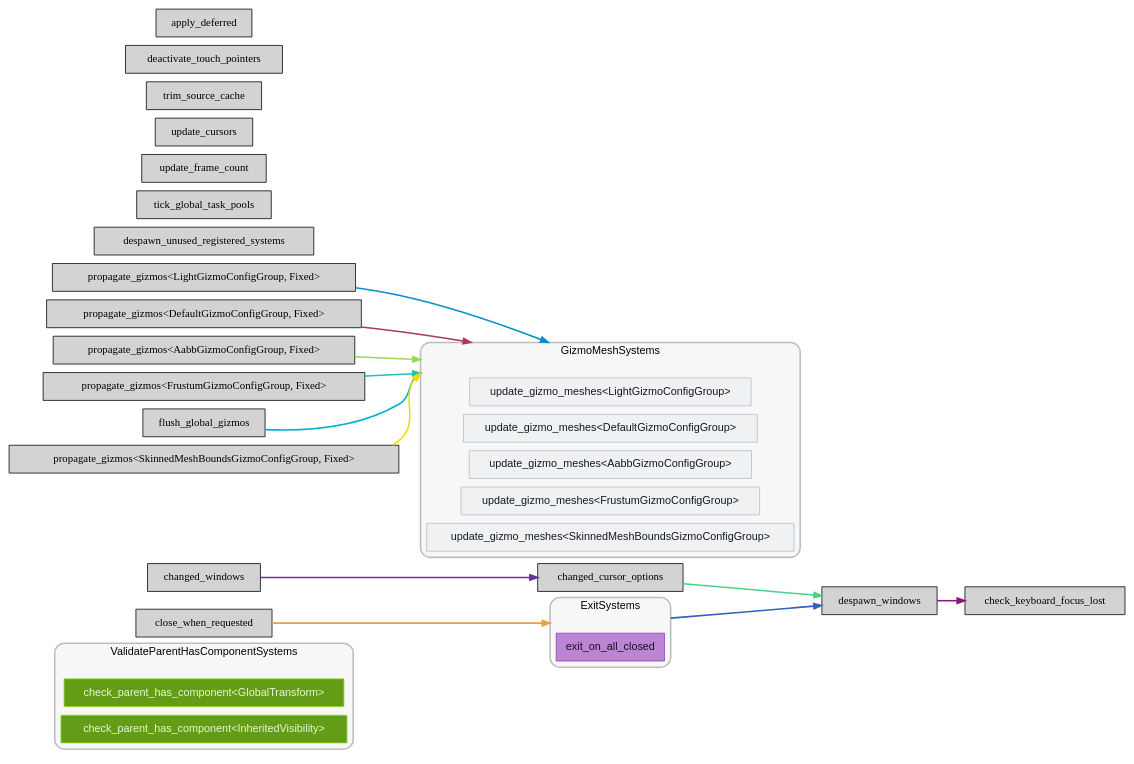
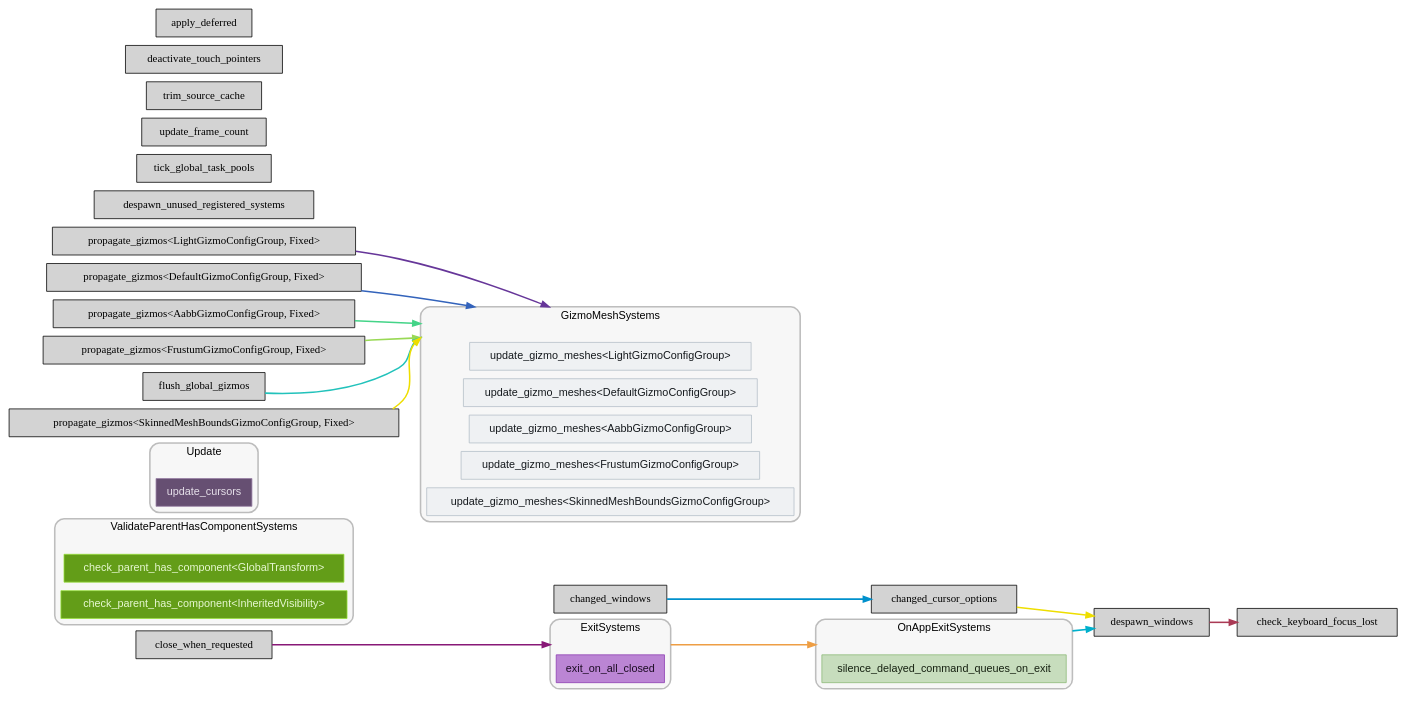
One commit to jakobhellermann/bevy_mod_debugdump changed the diagram in docs/schedule/light/schedule_Last.dot. Above: the diagram before and after it, drawn with Graphviz. The commit also changed 74 other files, not shown here.

```diff
--- a/docs/schedule/light/schedule_Last.dot
+++ b/docs/schedule/light/schedule_Last.dot
@@ -9,18 +9,30 @@
 	node ["shape"="box", "style"="filled"];
 	subgraph "clusternode_Set(SystemSetKey(5v1))" {
 		"style"="rounded,filled";
+		"label"="OnAppExitSystems";
+		"tooltip"="OnAppExitSystems";
+		"fillcolor"="#00000008";
+		"fontcolor"="#000000";
+		"color"="#00000040";
+		"penwidth"="2";
+		"set_marker_node_Set(SystemSetKey(5v1))" ["style"="invis", "label"="", "shape"="point"]
+		"node_System(SystemKey(4v1))" ["label"="silence_delayed_command_queues_on_exit", "tooltip"="bevy_time::delayed_commands::silence_delayed_command_queues_on_exit", "fillcolor"="#c7ddbd", "fontname"="Helvetica", "fontcolor"="#162111", "color"="#8dba79", "penwidth"="1"]
+	}
+	
+	subgraph "clusternode_Set(SystemSetKey(7v1))" {
+		"style"="rounded,filled";
 		"label"="ValidateParentHasComponentSystems";
 		"tooltip"="ValidateParentHasComponentSystems";
 		"fillcolor"="#00000008";
 		"fontcolor"="#000000";
 		"color"="#00000040";
 		"penwidth"="2";
-		"set_marker_node_Set(SystemSetKey(5v1))" ["style"="invis", "label"="", "shape"="point"]
-		"node_System(SystemKey(4v1))" ["label"="check_parent_has_component<GlobalTransform>", "tooltip"="bevy_app::hierarchy::check_parent_has_component<bevy_transform::components::global_transform::GlobalTransform>", "fillcolor"="#639d18", "fontname"="Helvetica", "fontcolor"="#e7f8d2", "color"="#98e03a", "penwidth"="1"]
-		"node_System(SystemKey(12v1))" ["label"="check_parent_has_component<InheritedVisibility>", "tooltip"="bevy_app::hierarchy::check_parent_has_component<bevy_camera::visibility::InheritedVisibility>", "fillcolor"="#639d18", "fontname"="Helvetica", "fontcolor"="#e7f8d2", "color"="#98e03a", "penwidth"="1"]
+		"set_marker_node_Set(SystemSetKey(7v1))" ["style"="invis", "label"="", "shape"="point"]
+		"node_System(SystemKey(5v1))" ["label"="check_parent_has_component<GlobalTransform>", "tooltip"="bevy_app::hierarchy::check_parent_has_component<bevy_transform::components::global_transform::GlobalTransform>", "fillcolor"="#639d18", "fontname"="Helvetica", "fontcolor"="#e7f8d2", "color"="#98e03a", "penwidth"="1"]
+		"node_System(SystemKey(13v1))" ["label"="check_parent_has_component<InheritedVisibility>", "tooltip"="bevy_app::hierarchy::check_parent_has_component<bevy_camera::visibility::InheritedVisibility>", "fillcolor"="#639d18", "fontname"="Helvetica", "fontcolor"="#e7f8d2", "color"="#98e03a", "penwidth"="1"]
 	}
 	
-	subgraph "clusternode_Set(SystemSetKey(7v1))" {
+	subgraph "clusternode_Set(SystemSetKey(9v1))" {
 		"style"="rounded,filled";
 		"label"="ExitSystems";
 		"tooltip"="ExitSystems";
@@ -28,11 +40,23 @@
 		"fontcolor"="#000000";
 		"color"="#00000040";
 		"penwidth"="2";
-		"set_marker_node_Set(SystemSetKey(7v1))" ["style"="invis", "label"="", "shape"="point"]
-		"node_System(SystemKey(5v1))" ["label"="exit_on_all_closed", "tooltip"="bevy_window::system::exit_on_all_closed", "fillcolor"="#bb85d4", "fontname"="Helvetica", "fontcolor"="#1d0d25", "color"="#8e3fb3", "penwidth"="1"]
+		"set_marker_node_Set(SystemSetKey(9v1))" ["style"="invis", "label"="", "shape"="point"]
+		"node_System(SystemKey(6v1))" ["label"="exit_on_all_closed", "tooltip"="bevy_window::system::exit_on_all_closed", "fillcolor"="#bb85d4", "fontname"="Helvetica", "fontcolor"="#1d0d25", "color"="#8e3fb3", "penwidth"="1"]
 	}
 	
 	subgraph "clusternode_Set(SystemSetKey(16v1))" {
+		"style"="rounded,filled";
+		"label"="Update";
+		"tooltip"="Update";
+		"fillcolor"="#00000008";
+		"fontcolor"="#000000";
+		"color"="#00000040";
+		"penwidth"="2";
+		"set_marker_node_Set(SystemSetKey(16v1))" ["style"="invis", "label"="", "shape"="point"]
+		"node_System(SystemKey(12v1))" ["label"="update_cursors", "tooltip"="bevy_winit::cursor::update_cursors", "fillcolor"="#664f72", "fontname"="Helvetica", "fontcolor"="#e6e0ea", "color"="#9980a6", "penwidth"="1"]
+	}
+	
+	subgraph "clusternode_Set(SystemSetKey(19v1))" {
 		"style"="rounded,filled";
 		"label"="GizmoMeshSystems";
 		"tooltip"="GizmoMeshSystems";
@@ -40,41 +64,41 @@
 		"fontcolor"="#000000";
 		"color"="#00000040";
 		"penwidth"="2";
-		"set_marker_node_Set(SystemSetKey(16v1))" ["style"="invis", "label"="", "shape"="point"]
-		"node_System(SystemKey(14v1))" ["label"="update_gizmo_meshes<LightGizmoConfigGroup>", "tooltip"="bevy_gizmos::update_gizmo_meshes<bevy_light::gizmos::LightGizmoConfigGroup>", "fillcolor"="#eff1f3", "fontname"="Helvetica", "fontcolor"="#15191d", "color"="#b4bec7", "penwidth"="1"]
-		"node_System(SystemKey(17v1))" ["label"="update_gizmo_meshes<DefaultGizmoConfigGroup>", "tooltip"="bevy_gizmos::update_gizmo_meshes<bevy_gizmos::config::DefaultGizmoConfigGroup>", "fillcolor"="#eff1f3", "fontname"="Helvetica", "fontcolor"="#15191d", "color"="#b4bec7", "penwidth"="1"]
-		"node_System(SystemKey(19v1))" ["label"="update_gizmo_meshes<AabbGizmoConfigGroup>", "tooltip"="bevy_gizmos::update_gizmo_meshes<bevy_gizmos::aabb::AabbGizmoConfigGroup>", "fillcolor"="#eff1f3", "fontname"="Helvetica", "fontcolor"="#15191d", "color"="#b4bec7", "penwidth"="1"]
-		"node_System(SystemKey(21v1))" ["label"="update_gizmo_meshes<FrustumGizmoConfigGroup>", "tooltip"="bevy_gizmos::update_gizmo_meshes<bevy_gizmos::frustum::FrustumGizmoConfigGroup>", "fillcolor"="#eff1f3", "fontname"="Helvetica", "fontcolor"="#15191d", "color"="#b4bec7", "penwidth"="1"]
-		"node_System(SystemKey(24v1))" ["label"="update_gizmo_meshes<SkinnedMeshBoundsGizmoConfigGroup>", "tooltip"="bevy_gizmos::update_gizmo_meshes<bevy_gizmos::skinned_mesh_bounds::SkinnedMeshBoundsGizmoConfigGroup>", "fillcolor"="#eff1f3", "fontname"="Helvetica", "fontcolor"="#15191d", "color"="#b4bec7", "penwidth"="1"]
+		"set_marker_node_Set(SystemSetKey(19v1))" ["style"="invis", "label"="", "shape"="point"]
+		"node_System(SystemKey(15v1))" ["label"="update_gizmo_meshes<LightGizmoConfigGroup>", "tooltip"="bevy_gizmos::update_gizmo_meshes<bevy_light::gizmos::LightGizmoConfigGroup>", "fillcolor"="#eff1f3", "fontname"="Helvetica", "fontcolor"="#15191d", "color"="#b4bec7", "penwidth"="1"]
+		"node_System(SystemKey(18v1))" ["label"="update_gizmo_meshes<DefaultGizmoConfigGroup>", "tooltip"="bevy_gizmos::update_gizmo_meshes<bevy_gizmos::config::DefaultGizmoConfigGroup>", "fillcolor"="#eff1f3", "fontname"="Helvetica", "fontcolor"="#15191d", "color"="#b4bec7", "penwidth"="1"]
+		"node_System(SystemKey(20v1))" ["label"="update_gizmo_meshes<AabbGizmoConfigGroup>", "tooltip"="bevy_gizmos::update_gizmo_meshes<bevy_gizmos::aabb::AabbGizmoConfigGroup>", "fillcolor"="#eff1f3", "fontname"="Helvetica", "fontcolor"="#15191d", "color"="#b4bec7", "penwidth"="1"]
+		"node_System(SystemKey(22v1))" ["label"="update_gizmo_meshes<FrustumGizmoConfigGroup>", "tooltip"="bevy_gizmos::update_gizmo_meshes<bevy_gizmos::frustum::FrustumGizmoConfigGroup>", "fillcolor"="#eff1f3", "fontname"="Helvetica", "fontcolor"="#15191d", "color"="#b4bec7", "penwidth"="1"]
+		"node_System(SystemKey(25v1))" ["label"="update_gizmo_meshes<SkinnedMeshBoundsGizmoConfigGroup>", "tooltip"="bevy_gizmos::update_gizmo_meshes<bevy_gizmos::skinned_mesh_bounds::SkinnedMeshBoundsGizmoConfigGroup>", "fillcolor"="#eff1f3", "fontname"="Helvetica", "fontcolor"="#15191d", "color"="#b4bec7", "penwidth"="1"]
 	}
 	
 	"node_System(SystemKey(1v1))" ["label"="despawn_unused_registered_systems", "tooltip"="bevy_ecs::system::system_registry::despawn_unused_registered_systems"]
 	"node_System(SystemKey(2v1))" ["label"="tick_global_task_pools", "tooltip"="bevy_app::task_pool_plugin::tick_global_task_pools"]
 	"node_System(SystemKey(3v1))" ["label"="update_frame_count", "tooltip"="bevy_diagnostic::frame_count::update_frame_count"]
-	"node_System(SystemKey(6v1))" ["label"="close_when_requested", "tooltip"="bevy_window::system::close_when_requested"]
-	"node_System(SystemKey(7v1))" ["label"="changed_windows", "tooltip"="bevy_winit::system::changed_windows"]
-	"node_System(SystemKey(8v1))" ["label"="changed_cursor_options", "tooltip"="bevy_winit::system::changed_cursor_options"]
-	"node_System(SystemKey(9v1))" ["label"="despawn_windows", "tooltip"="bevy_winit::system::despawn_windows"]
-	"node_System(SystemKey(10v1))" ["label"="check_keyboard_focus_lost", "tooltip"="bevy_winit::system::check_keyboard_focus_lost"]
-	"node_System(SystemKey(11v1))" ["label"="update_cursors", "tooltip"="bevy_winit::cursor::update_cursors"]
-	"node_System(SystemKey(13v1))" ["label"="propagate_gizmos<LightGizmoConfigGroup, Fixed>", "tooltip"="bevy_gizmos::propagate_gizmos<bevy_light::gizmos::LightGizmoConfigGroup, bevy_time::fixed::Fixed>"]
-	"node_System(SystemKey(15v1))" ["label"="trim_source_cache", "tooltip"="bevy_text::pipeline::trim_source_cache"]
-	"node_System(SystemKey(16v1))" ["label"="propagate_gizmos<DefaultGizmoConfigGroup, Fixed>", "tooltip"="bevy_gizmos::propagate_gizmos<bevy_gizmos::config::DefaultGizmoConfigGroup, bevy_time::fixed::Fixed>"]
-	"node_System(SystemKey(18v1))" ["label"="propagate_gizmos<AabbGizmoConfigGroup, Fixed>", "tooltip"="bevy_gizmos::propagate_gizmos<bevy_gizmos::aabb::AabbGizmoConfigGroup, bevy_time::fixed::Fixed>"]
-	"node_System(SystemKey(20v1))" ["label"="propagate_gizmos<FrustumGizmoConfigGroup, Fixed>", "tooltip"="bevy_gizmos::propagate_gizmos<bevy_gizmos::frustum::FrustumGizmoConfigGroup, bevy_time::fixed::Fixed>"]
-	"node_System(SystemKey(22v1))" ["label"="flush_global_gizmos", "tooltip"="bevy_gizmos::global::flush_global_gizmos"]
-	"node_System(SystemKey(23v1))" ["label"="propagate_gizmos<SkinnedMeshBoundsGizmoConfigGroup, Fixed>", "tooltip"="bevy_gizmos::propagate_gizmos<bevy_gizmos::skinned_mesh_bounds::SkinnedMeshBoundsGizmoConfigGroup, bevy_time::fixed::Fixed>"]
-	"node_System(SystemKey(25v1))" ["label"="deactivate_touch_pointers", "tooltip"="bevy_picking::input::deactivate_touch_pointers"]
-	"node_System(SystemKey(26v1))" ["label"="apply_deferred", "tooltip"="bevy_ecs::apply_deferred"]
-	"node_System(SystemKey(23v1))" -> "set_marker_node_Set(SystemSetKey(16v1))" ["lhead"="clusternode_Set(SystemSetKey(16v1))", "ltail"="", "tooltip"="propagate_gizmos<SkinnedMeshBoundsGizmoConfigGroup, Fixed> → GizmoMeshSystems", "color"="#eede00"]
-	"node_System(SystemKey(9v1))" -> "node_System(SystemKey(10v1))" ["lhead"="", "ltail"="", "tooltip"="despawn_windows → check_keyboard_focus_lost", "color"="#881877"]
-	"node_System(SystemKey(22v1))" -> "set_marker_node_Set(SystemSetKey(16v1))" ["lhead"="clusternode_Set(SystemSetKey(16v1))", "ltail"="", "tooltip"="flush_global_gizmos → GizmoMeshSystems", "color"="#00b0cc"]
-	"node_System(SystemKey(16v1))" -> "set_marker_node_Set(SystemSetKey(16v1))" ["lhead"="clusternode_Set(SystemSetKey(16v1))", "ltail"="", "tooltip"="propagate_gizmos<DefaultGizmoConfigGroup, Fixed> → GizmoMeshSystems", "color"="#aa3a55"]
-	"node_System(SystemKey(8v1))" -> "node_System(SystemKey(9v1))" ["lhead"="", "ltail"="", "tooltip"="changed_cursor_options → despawn_windows", "color"="#44d488"]
-	"node_System(SystemKey(13v1))" -> "set_marker_node_Set(SystemSetKey(16v1))" ["lhead"="clusternode_Set(SystemSetKey(16v1))", "ltail"="", "tooltip"="propagate_gizmos<LightGizmoConfigGroup, Fixed> → GizmoMeshSystems", "color"="#0090cc"]
-	"node_System(SystemKey(6v1))" -> "set_marker_node_Set(SystemSetKey(7v1))" ["lhead"="clusternode_Set(SystemSetKey(7v1))", "ltail"="", "tooltip"="close_when_requested → ExitSystems", "color"="#ee9e44"]
-	"node_System(SystemKey(7v1))" -> "node_System(SystemKey(8v1))" ["lhead"="", "ltail"="", "tooltip"="changed_windows → changed_cursor_options", "color"="#663699"]
-	"set_marker_node_Set(SystemSetKey(7v1))" -> "node_System(SystemKey(9v1))" ["lhead"="", "ltail"="clusternode_Set(SystemSetKey(7v1))", "tooltip"="ExitSystems → despawn_windows", "color"="#3363bb"]
-	"node_System(SystemKey(20v1))" -> "set_marker_node_Set(SystemSetKey(16v1))" ["lhead"="clusternode_Set(SystemSetKey(16v1))", "ltail"="", "tooltip"="propagate_gizmos<FrustumGizmoConfigGroup, Fixed> → GizmoMeshSystems", "color"="#22c2bb"]
-	"node_System(SystemKey(18v1))" -> "set_marker_node_Set(SystemSetKey(16v1))" ["lhead"="clusternode_Set(SystemSetKey(16v1))", "ltail"="", "tooltip"="propagate_gizmos<AabbGizmoConfigGroup, Fixed> → GizmoMeshSystems", "color"="#99d955"]
+	"node_System(SystemKey(7v1))" ["label"="close_when_requested", "tooltip"="bevy_window::system::close_when_requested"]
+	"node_System(SystemKey(8v1))" ["label"="changed_windows", "tooltip"="bevy_winit::system::changed_windows"]
+	"node_System(SystemKey(9v1))" ["label"="changed_cursor_options", "tooltip"="bevy_winit::system::changed_cursor_options"]
+	"node_System(SystemKey(10v1))" ["label"="despawn_windows", "tooltip"="bevy_winit::system::despawn_windows"]
+	"node_System(SystemKey(11v1))" ["label"="check_keyboard_focus_lost", "tooltip"="bevy_winit::system::check_keyboard_focus_lost"]
+	"node_System(SystemKey(14v1))" ["label"="propagate_gizmos<LightGizmoConfigGroup, Fixed>", "tooltip"="bevy_gizmos::propagate_gizmos<bevy_light::gizmos::LightGizmoConfigGroup, bevy_time::fixed::Fixed>"]
+	"node_System(SystemKey(16v1))" ["label"="trim_source_cache", "tooltip"="bevy_text::pipeline::trim_source_cache"]
+	"node_System(SystemKey(17v1))" ["label"="propagate_gizmos<DefaultGizmoConfigGroup, Fixed>", "tooltip"="bevy_gizmos::propagate_gizmos<bevy_gizmos::config::DefaultGizmoConfigGroup, bevy_time::fixed::Fixed>"]
+	"node_System(SystemKey(19v1))" ["label"="propagate_gizmos<AabbGizmoConfigGroup, Fixed>", "tooltip"="bevy_gizmos::propagate_gizmos<bevy_gizmos::aabb::AabbGizmoConfigGroup, bevy_time::fixed::Fixed>"]
+	"node_System(SystemKey(21v1))" ["label"="propagate_gizmos<FrustumGizmoConfigGroup, Fixed>", "tooltip"="bevy_gizmos::propagate_gizmos<bevy_gizmos::frustum::FrustumGizmoConfigGroup, bevy_time::fixed::Fixed>"]
+	"node_System(SystemKey(23v1))" ["label"="flush_global_gizmos", "tooltip"="bevy_gizmos::global::flush_global_gizmos"]
+	"node_System(SystemKey(24v1))" ["label"="propagate_gizmos<SkinnedMeshBoundsGizmoConfigGroup, Fixed>", "tooltip"="bevy_gizmos::propagate_gizmos<bevy_gizmos::skinned_mesh_bounds::SkinnedMeshBoundsGizmoConfigGroup, bevy_time::fixed::Fixed>"]
+	"node_System(SystemKey(26v1))" ["label"="deactivate_touch_pointers", "tooltip"="bevy_picking::input::deactivate_touch_pointers"]
+	"node_System(SystemKey(27v1))" ["label"="apply_deferred", "tooltip"="bevy_ecs::apply_deferred"]
+	"node_System(SystemKey(9v1))" -> "node_System(SystemKey(10v1))" ["lhead"="", "ltail"="", "tooltip"="changed_cursor_options → despawn_windows", "color"="#eede00"]
+	"node_System(SystemKey(7v1))" -> "set_marker_node_Set(SystemSetKey(9v1))" ["lhead"="clusternode_Set(SystemSetKey(9v1))", "ltail"="", "tooltip"="close_when_requested → ExitSystems", "color"="#881877"]
+	"set_marker_node_Set(SystemSetKey(5v1))" -> "node_System(SystemKey(10v1))" ["lhead"="", "ltail"="clusternode_Set(SystemSetKey(5v1))", "tooltip"="OnAppExitSystems → despawn_windows", "color"="#00b0cc"]
+	"node_System(SystemKey(10v1))" -> "node_System(SystemKey(11v1))" ["lhead"="", "ltail"="", "tooltip"="despawn_windows → check_keyboard_focus_lost", "color"="#aa3a55"]
+	"node_System(SystemKey(19v1))" -> "set_marker_node_Set(SystemSetKey(19v1))" ["lhead"="clusternode_Set(SystemSetKey(19v1))", "ltail"="", "tooltip"="propagate_gizmos<AabbGizmoConfigGroup, Fixed> → GizmoMeshSystems", "color"="#44d488"]
+	"node_System(SystemKey(8v1))" -> "node_System(SystemKey(9v1))" ["lhead"="", "ltail"="", "tooltip"="changed_windows → changed_cursor_options", "color"="#0090cc"]
+	"set_marker_node_Set(SystemSetKey(9v1))" -> "set_marker_node_Set(SystemSetKey(5v1))" ["lhead"="clusternode_Set(SystemSetKey(5v1))", "ltail"="clusternode_Set(SystemSetKey(9v1))", "tooltip"="ExitSystems → OnAppExitSystems", "color"="#ee9e44"]
+	"node_System(SystemKey(14v1))" -> "set_marker_node_Set(SystemSetKey(19v1))" ["lhead"="clusternode_Set(SystemSetKey(19v1))", "ltail"="", "tooltip"="propagate_gizmos<LightGizmoConfigGroup, Fixed> → GizmoMeshSystems", "color"="#663699"]
+	"node_System(SystemKey(17v1))" -> "set_marker_node_Set(SystemSetKey(19v1))" ["lhead"="clusternode_Set(SystemSetKey(19v1))", "ltail"="", "tooltip"="propagate_gizmos<DefaultGizmoConfigGroup, Fixed> → GizmoMeshSystems", "color"="#3363bb"]
+	"node_System(SystemKey(23v1))" -> "set_marker_node_Set(SystemSetKey(19v1))" ["lhead"="clusternode_Set(SystemSetKey(19v1))", "ltail"="", "tooltip"="flush_global_gizmos → GizmoMeshSystems", "color"="#22c2bb"]
+	"node_System(SystemKey(21v1))" -> "set_marker_node_Set(SystemSetKey(19v1))" ["lhead"="clusternode_Set(SystemSetKey(19v1))", "ltail"="", "tooltip"="propagate_gizmos<FrustumGizmoConfigGroup, Fixed> → GizmoMeshSystems", "color"="#99d955"]
+	"node_System(SystemKey(24v1))" -> "set_marker_node_Set(SystemSetKey(19v1))" ["lhead"="clusternode_Set(SystemSetKey(19v1))", "ltail"="", "tooltip"="propagate_gizmos<SkinnedMeshBoundsGizmoConfigGroup, Fixed> → GizmoMeshSystems", "color"="#eede00"]
 }
```
